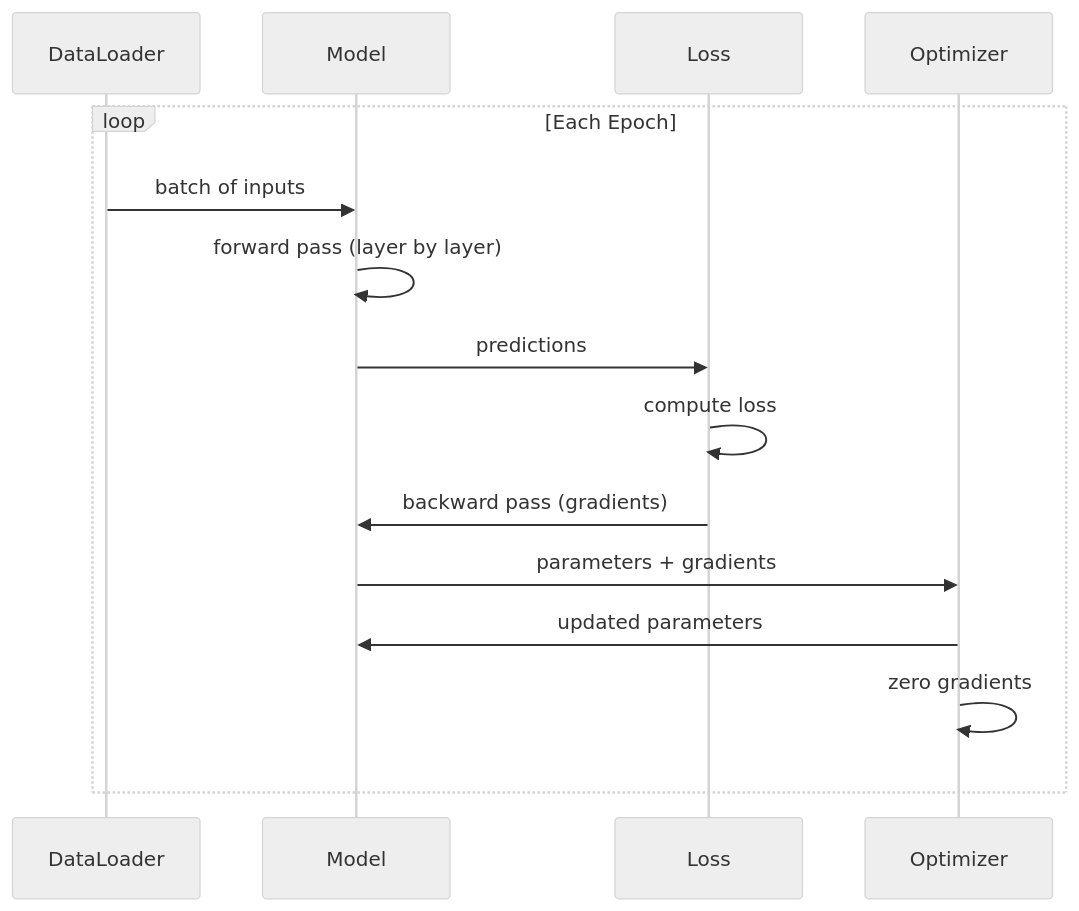
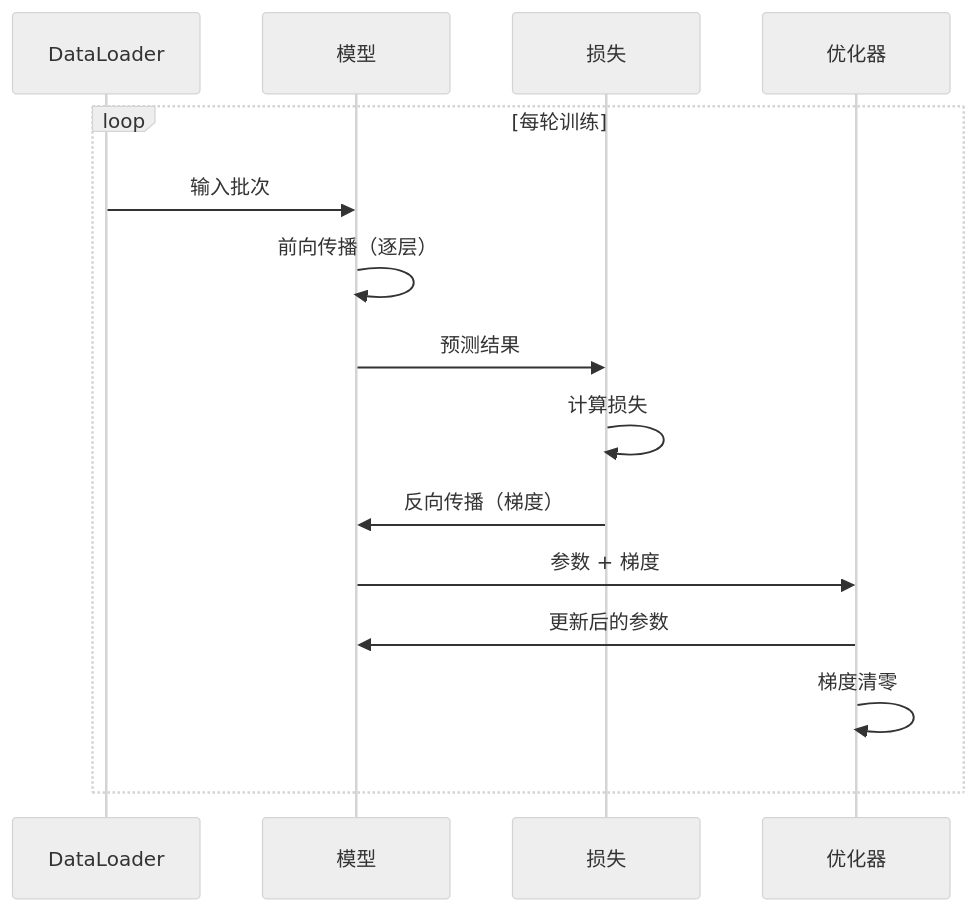
The second of 3 diagrams in lessons/03-deep-learning-core/10-mini-framework/docs/zh.md (guangningsun/ailearning), drawn with Mermaid (neutral theme) before and after one commit. The commit also changed other lines of this file and 13 other files, not shown here.

````diff
--- a/lessons/03-deep-learning-core/10-mini-framework/docs/zh.md
+++ b/lessons/03-deep-learning-core/10-mini-framework/docs/zh.md
@@ -94,18 +94,18 @@
 ```mermaid
 sequenceDiagram
     participant DL as DataLoader
-    participant M as Model
-    participant L as Loss
-    participant O as Optimizer
+    participant M as 模型
+    participant L as 损失
+    participant O as 优化器
 
-    loop Each Epoch
-        DL->>M: batch of inputs
-        M->>M: forward pass (layer by layer)
-        M->>L: predictions
-        L->>L: compute loss
-        L->>M: backward pass (gradients)
-        M->>O: parameters + gradients
-        O->>M: updated parameters
-        O->>O: zero gradients
+    loop 每轮训练
+        DL->>M: 输入批次
+        M->>M: 前向传播（逐层）
+        M->>L: 预测结果
+        L->>L: 计算损失
+        L->>M: 反向传播（梯度）
+        M->>O: 参数 + 梯度
+        O->>M: 更新后的参数
+        O->>O: 梯度清零
     end
 ```
````
